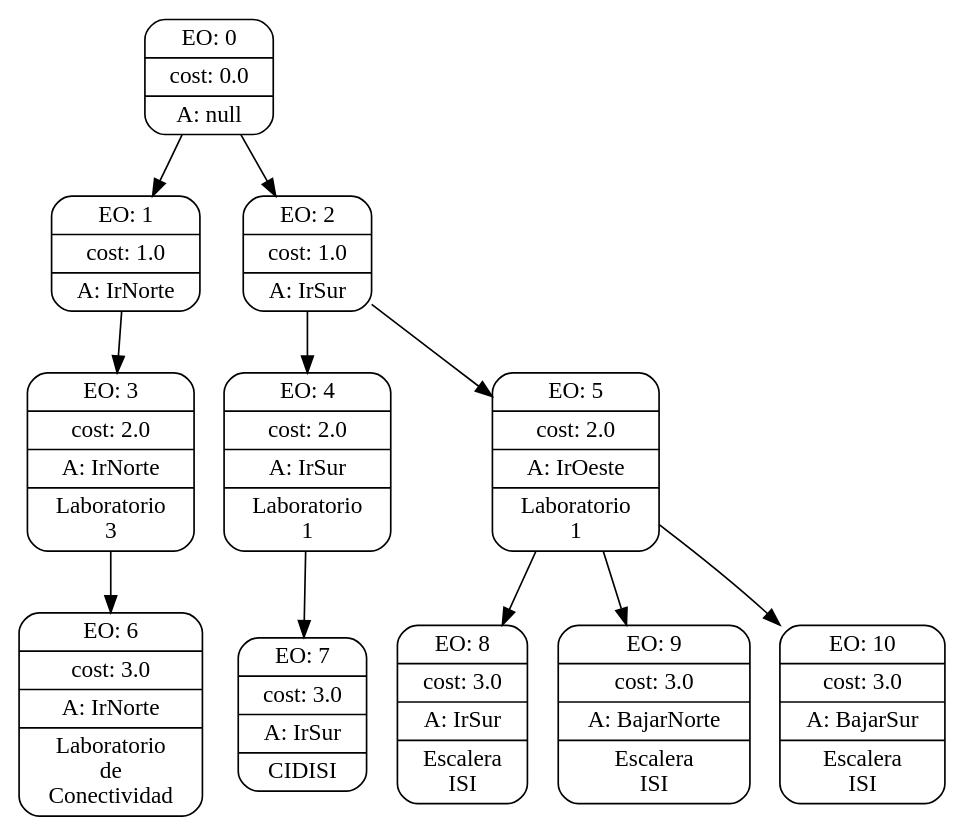
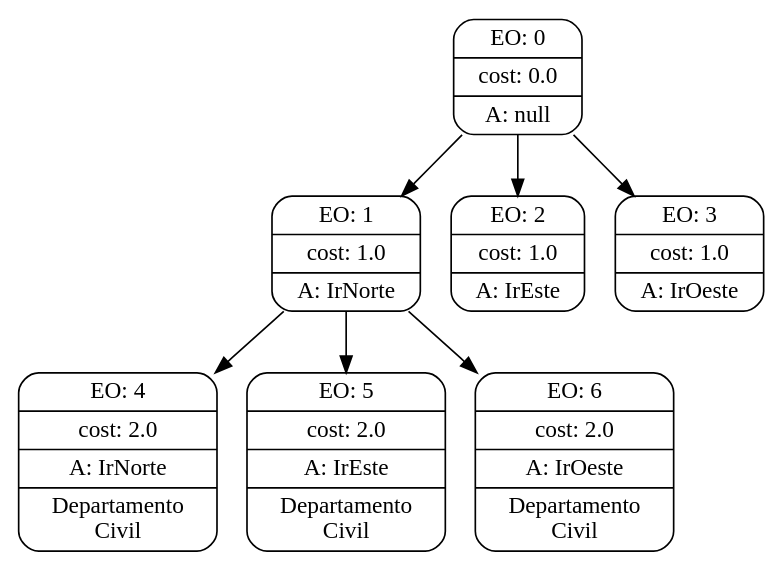
Before and after one commit to SofiLo/InteligenciaArtificial: the diagram in agente/searchGVTrees/8.dot, drawn with Graphviz. The commit also changed 128 other files, not shown here.

```diff
--- a/agente/searchGVTrees/8.dot
+++ b/agente/searchGVTrees/8.dot
@@ -1,36 +1,24 @@
 digraph g {
 node [shape = Mrecord];
 nodo0[label="{EO: 0|cost: 0.0|A: null}"]
 nodo1[label="{EO: 1|cost: 1.0|A: IrNorte}"]
-nodo3[label="{EO: 3|cost: 2.0|A: IrNorte|Laboratorio\n3}"]
-nodo6[label="{EO: 6|cost: 3.0|A: IrNorte|Laboratorio\nde\nConectividad}"]
+nodo4[label="{EO: 4|cost: 2.0|A: IrNorte|Departamento\nCivil}"]
 
-nodo3 -> nodo6;
+nodo1 -> nodo4;
+nodo5[label="{EO: 5|cost: 2.0|A: IrEste|Departamento\nCivil}"]
 
-nodo1 -> nodo3;
+nodo1 -> nodo5;
+nodo6[label="{EO: 6|cost: 2.0|A: IrOeste|Departamento\nCivil}"]
+
+nodo1 -> nodo6;
 
 nodo0 -> nodo1;
-nodo2[label="{EO: 2|cost: 1.0|A: IrSur}"]
-nodo4[label="{EO: 4|cost: 2.0|A: IrSur|Laboratorio\n1}"]
-nodo7[label="{EO: 7|cost: 3.0|A: IrSur|CIDISI}"]
-
-nodo4 -> nodo7;
-
-nodo2 -> nodo4;
-nodo5[label="{EO: 5|cost: 2.0|A: IrOeste|Laboratorio\n1}"]
-nodo8[label="{EO: 8|cost: 3.0|A: IrSur|Escalera\nISI}"]
-
-nodo5 -> nodo8;
-nodo9[label="{EO: 9|cost: 3.0|A: BajarNorte|Escalera\nISI}"]
-
-nodo5 -> nodo9;
-nodo10[label="{EO: 10|cost: 3.0|A: BajarSur|Escalera\nISI}"]
-
-nodo5 -> nodo10;
-
-nodo2 -> nodo5;
+nodo2[label="{EO: 2|cost: 1.0|A: IrEste}"]
 
 nodo0 -> nodo2;
+nodo3[label="{EO: 3|cost: 1.0|A: IrOeste}"]
+
+nodo0 -> nodo3;
 
 
 }
```
